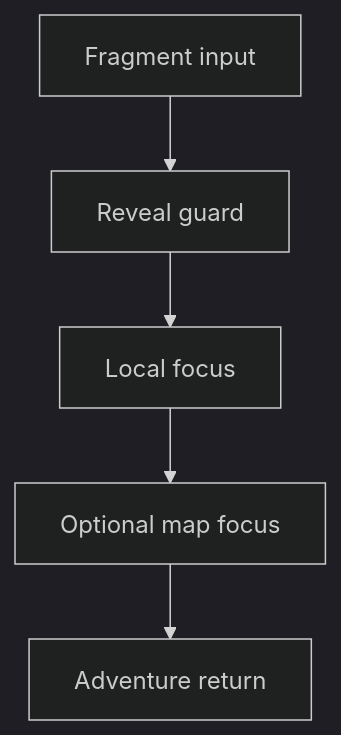
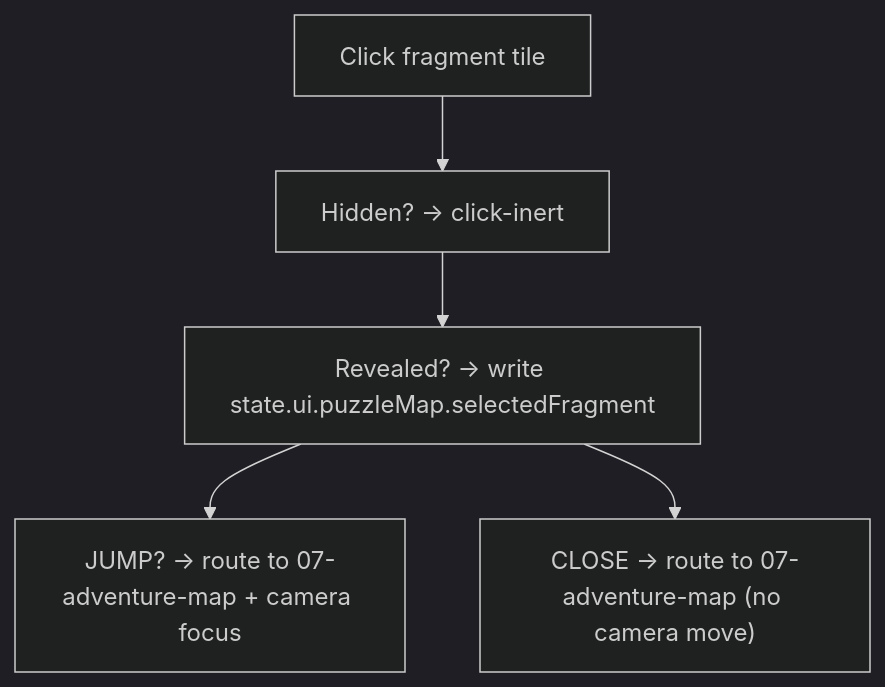
Before and after one commit to SunaNoOshiro/Heroes_Reforged_AI_Realms: the third of 5 diagrams in docs/architecture/wiki/screens/10-puzzle-map/architecture.md, drawn with Mermaid (dark theme). The commit also changed other lines of this file and 518 other files, not shown here.

First line of the commit message:
Add doc-audit skill and sweep architecture/screen docs

````diff
--- a/docs/architecture/wiki/screens/10-puzzle-map/architecture.md
+++ b/docs/architecture/wiki/screens/10-puzzle-map/architecture.md
@@ -42,8 +47,8 @@
 ```mermaid
 flowchart TD
-  I0["Fragment input"] --> I1
-  I1["Reveal guard"] --> I2
-  I2["Local focus"] --> I3
-  I3["Optional map focus"] --> I4
-  I4["Adventure return"]
+  I0["Click fragment tile"] --> I1
+  I1["Hidden? → click-inert"] --> I2
+  I2["Revealed? → write state.ui.puzzleMap.selectedFragment"] --> I3
+  I3["JUMP? → route to 07-adventure-map + camera focus"]
+  I2 --> I4["CLOSE → route to 07-adventure-map (no camera move)"]
 ```
````
